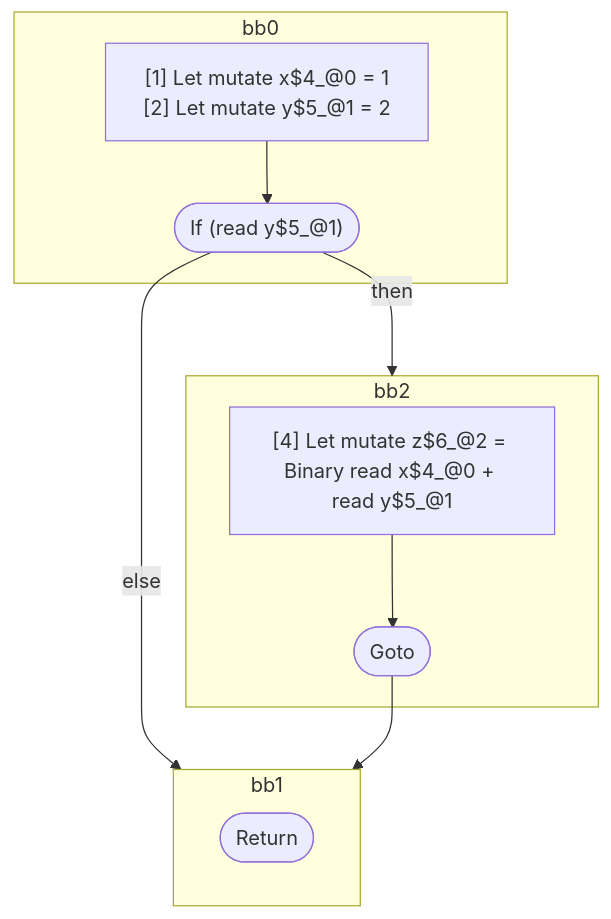
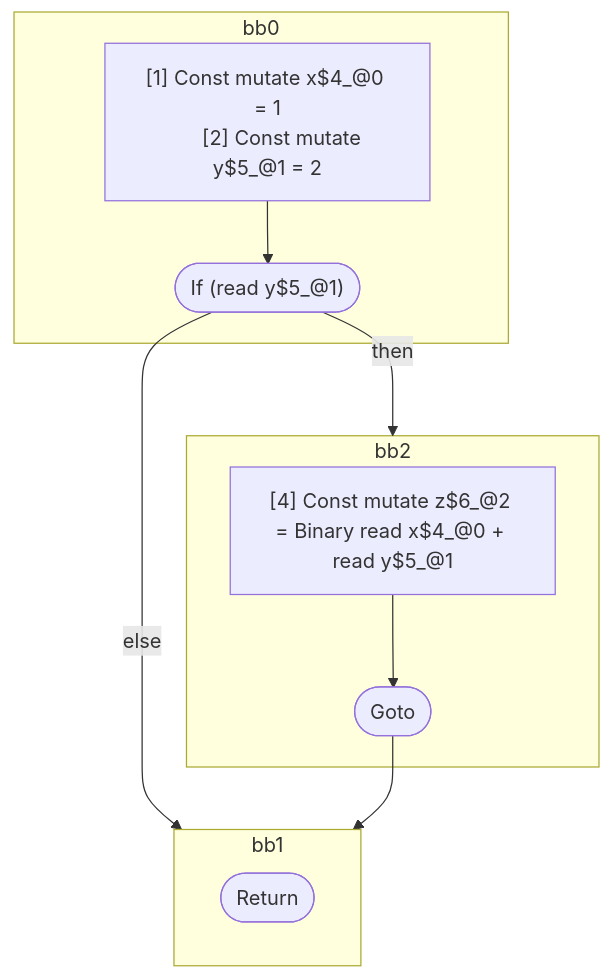
One commit to wutsmog/private changed the diagram in compiler/forget/src/__tests__/fixtures/hir/ssa-single-if.expect.md. Above: the diagram before and after it, drawn with Mermaid. The commit also changed other lines of this file and 61 other files, not shown here.

````diff
--- a/compiler/forget/src/__tests__/fixtures/hir/ssa-single-if.expect.md
+++ b/compiler/forget/src/__tests__/fixtures/hir/ssa-single-if.expect.md
@@ -37,26 +37,26 @@
 ```mermaid
 flowchart TB
   %% Basic Blocks
   subgraph bb0
     bb0_instrs["
-      [1] Let mutate x$4_@0 = 1
-      [2] Let mutate y$5_@1 = 2
+      [1] Const mutate x$4_@0 = 1
+      [2] Const mutate y$5_@1 = 2
     "]
     bb0_instrs --> bb0_terminal(["If (read y$5_@1)"])
   end
   subgraph bb2
     bb2_instrs["
-      [4] Let mutate z$6_@2 = Binary read x$4_@0 + read y$5_@1
+      [4] Const mutate z$6_@2 = Binary read x$4_@0 + read y$5_@1
     "]
     bb2_instrs --> bb2_terminal(["Goto"])
   end
   subgraph bb1
     bb1_terminal(["Return"])
   end
 
   %% Jumps
   bb0_terminal -- "then" --> bb2
   bb0_terminal -- "else" --> bb1
   bb2_terminal --> bb1
 
 ```
````
